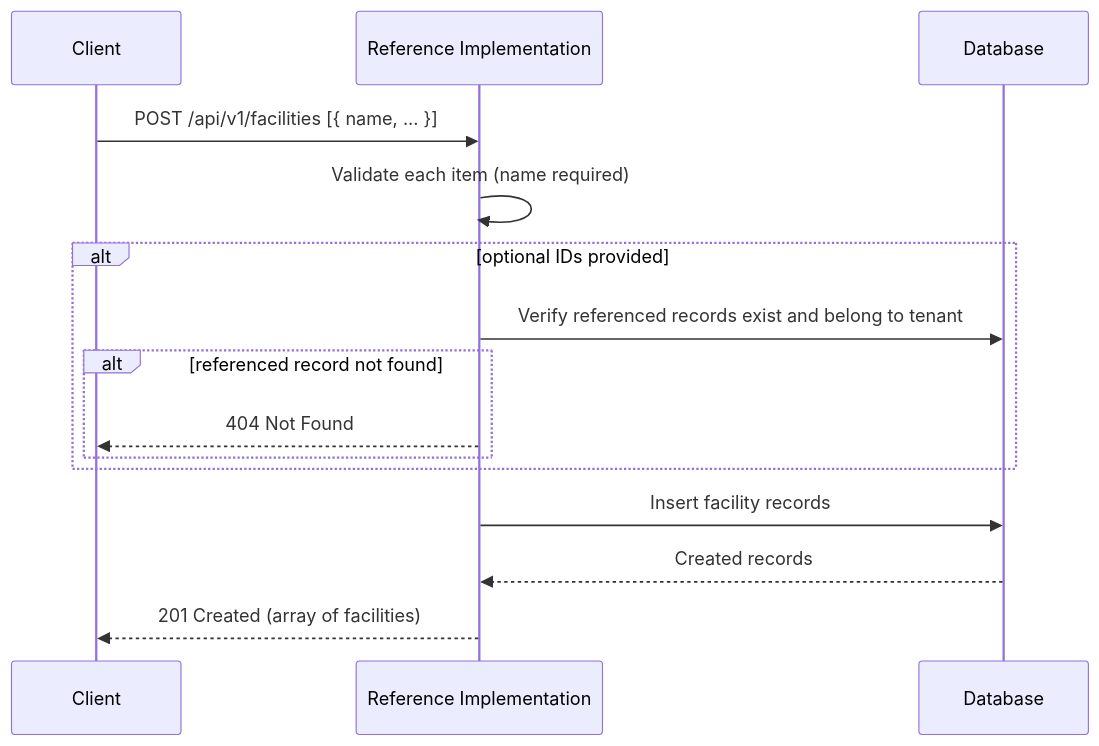
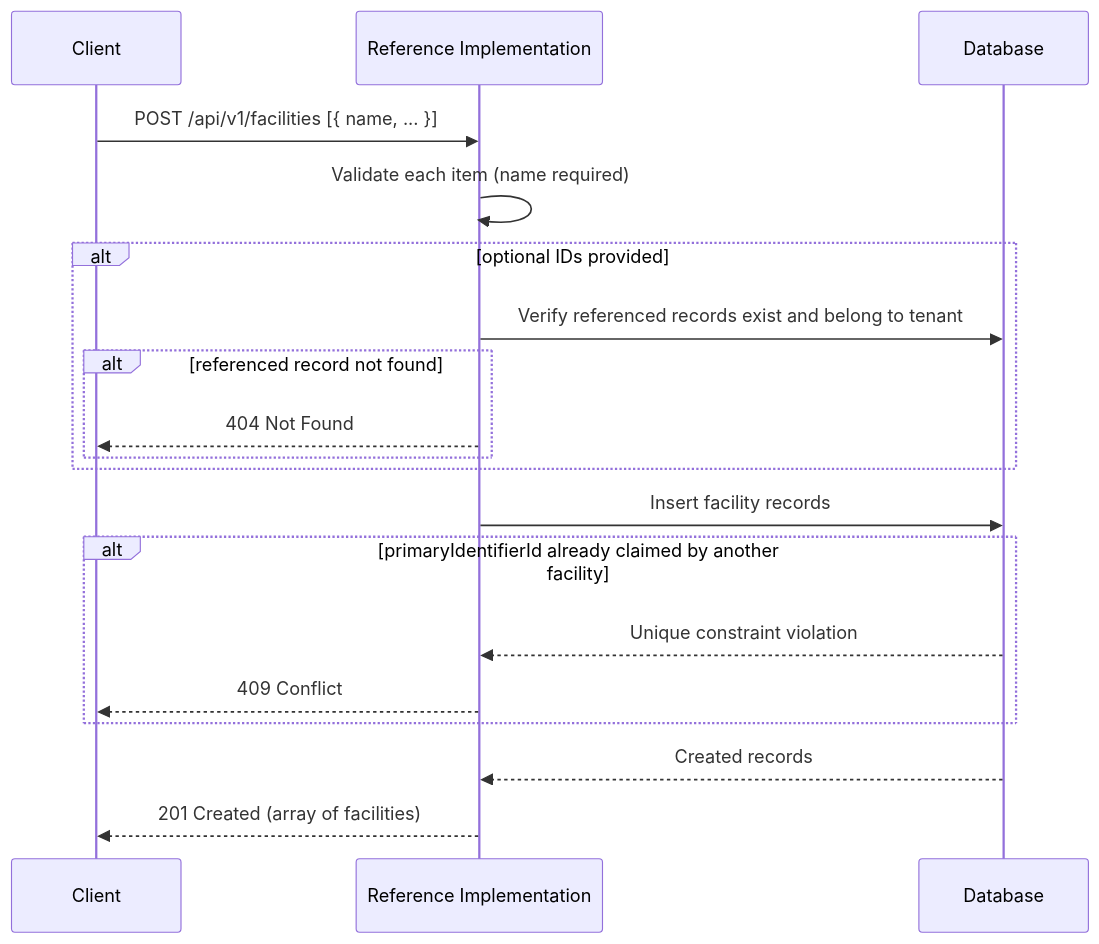
The first of 2 diagrams in documentation/docs/reference-implementation/api/facilities.md (uncefact/tests-untp), drawn with Mermaid before and after one commit. The commit also changed other lines of this file and 57 other files, not shown here.

````diff
--- a/documentation/docs/reference-implementation/api/facilities.md
+++ b/documentation/docs/reference-implementation/api/facilities.md
@@ -53,18 +55,22 @@
 ```mermaid
 sequenceDiagram
     participant Client
     participant RI as Reference Implementation
     participant DB as Database
 
     Client->>RI: POST /api/v1/facilities [{ name, ... }]
     RI->>RI: Validate each item (name required)
     alt optional IDs provided
         RI->>DB: Verify referenced records exist and belong to tenant
         alt referenced record not found
             RI-->>Client: 404 Not Found
         end
     end
     RI->>DB: Insert facility records
+    alt primaryIdentifierId already claimed by another facility
+        DB-->>RI: Unique constraint violation
+        RI-->>Client: 409 Conflict
+    end
     DB-->>RI: Created records
     RI-->>Client: 201 Created (array of facilities)
 ```
````
